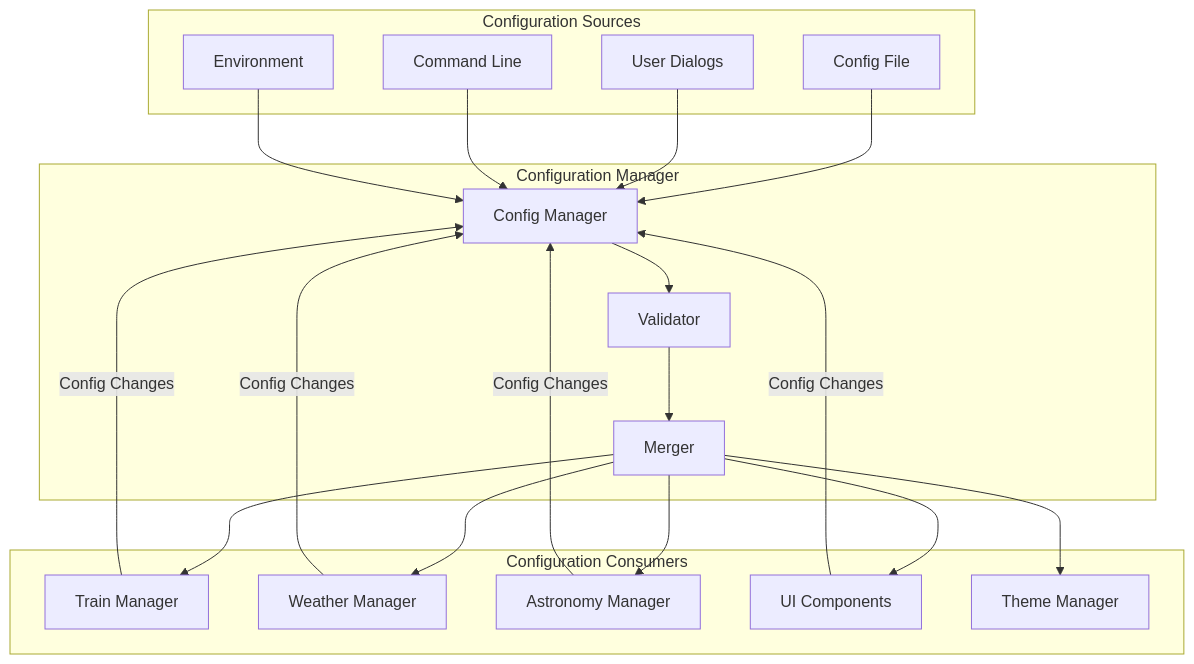
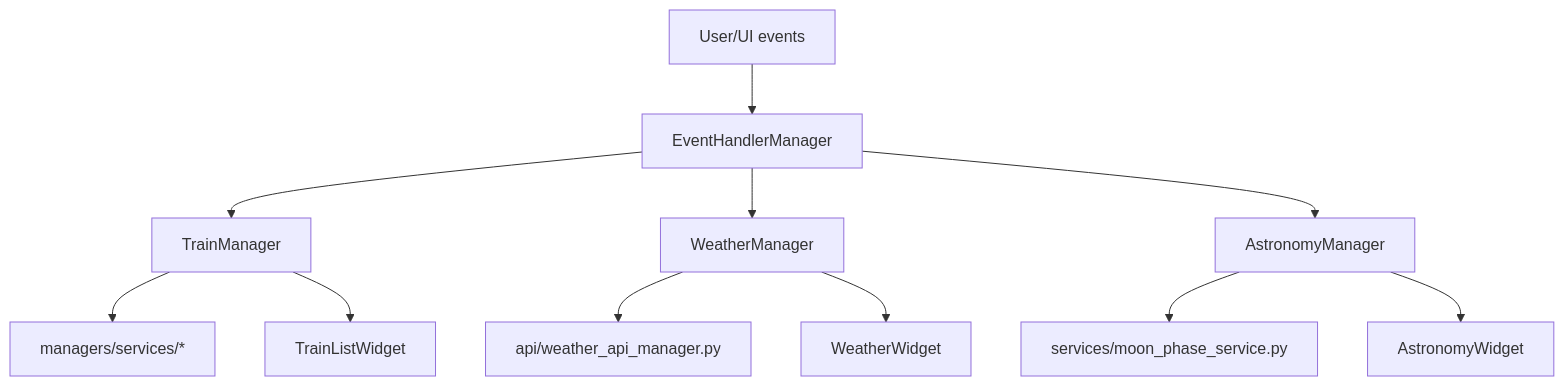
The first of 3 diagrams in docs/data-flow.md (oernster/Trainer), drawn with Mermaid before and after one commit. The commit also changed other lines of this file and 13 other files, not shown here.

````diff
--- a/docs/data-flow.md
+++ b/docs/data-flow.md
@@ -224,41 +19,15 @@
 ```mermaid
-graph TB
-    subgraph "Configuration Sources"
-        CF[Config File]
-        UD[User Dialogs]
-        CL[Command Line]
-        ENV[Environment]
-    end
-    
-    subgraph "Configuration Manager"
-        CM[Config Manager]
-        Val[Validator]
-        Mer[Merger]
-    end
-    
-    subgraph "Configuration Consumers"
-        TM[Train Manager]
-        WM[Weather Manager]
-        AM[Astronomy Manager]
-        UI[UI Components]
-        TH[Theme Manager]
-    end
-    
-    CF --> CM
-    UD --> CM
-    CL --> CM
-    ENV --> CM
-    
-    CM --> Val
-    Val --> Mer
-    Mer --> TM
-    Mer --> WM
-    Mer --> AM
-    Mer --> UI
-    Mer --> TH
-    
-    TM --> |Config Changes| CM
-    WM --> |Config Changes| CM
-    AM --> |Config Changes| CM
-    UI --> |Config Changes| CM
+flowchart TD
+    U[User/UI events] --> E[EventHandlerManager]
+    E --> TM[TrainManager]
+    E --> WM[WeatherManager]
+    E --> AM[AstronomyManager]
+
+    TM --> S1[managers/services/*]
+    WM --> A1[api/weather_api_manager.py]
+    AM --> S2[services/moon_phase_service.py]
+
+    TM --> UI1[TrainListWidget]
+    WM --> UI2[WeatherWidget]
+    AM --> UI3[AstronomyWidget]
 ```
````
